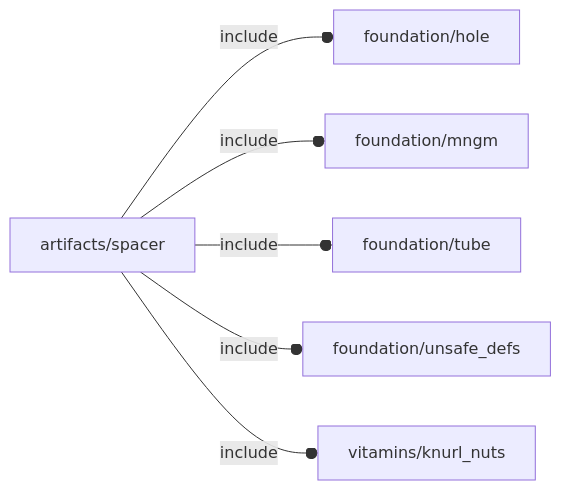
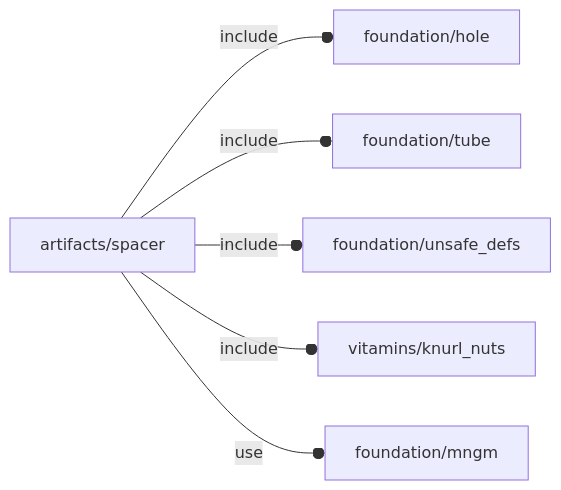
The diagram in orthodocs/artifacts/spacer.md (ggabbiani/OFL), drawn with Mermaid before and after one commit. The commit also changed other lines of this file and 74 other files, not shown here.

````diff
--- a/orthodocs/artifacts/spacer.md
+++ b/orthodocs/artifacts/spacer.md
@@ -5,8 +5,8 @@
 ```mermaid
 graph LR
     A1[artifacts/spacer] --o|include| A2[foundation/hole]
-    A1 --o|include| A3[foundation/mngm]
-    A1 --o|include| A4[foundation/tube]
-    A1 --o|include| A5[foundation/unsafe_defs]
-    A1 --o|include| A6[vitamins/knurl_nuts]
+    A1 --o|include| A3[foundation/tube]
+    A1 --o|include| A4[foundation/unsafe_defs]
+    A1 --o|include| A5[vitamins/knurl_nuts]
+    A1 --o|use| A6[foundation/mngm]
 ```
````
